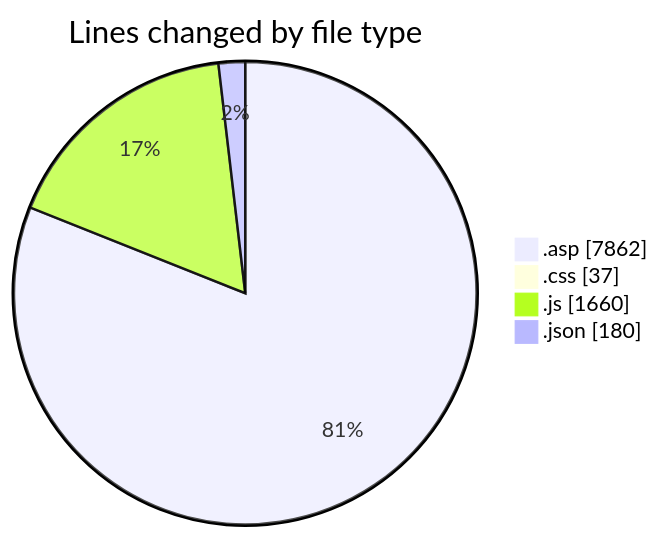
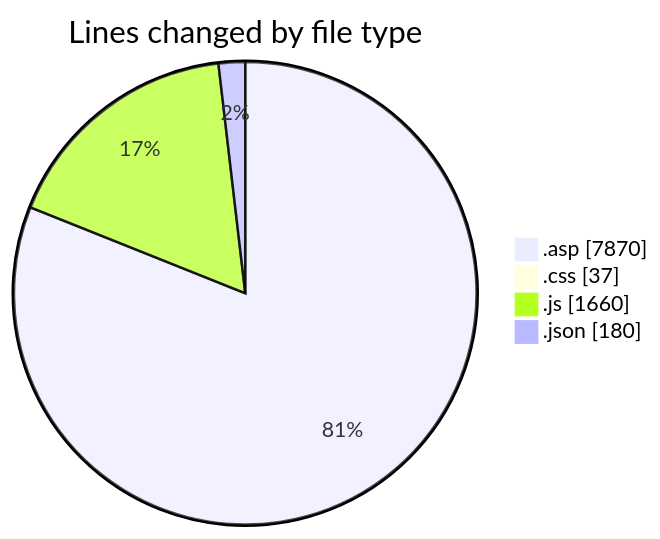
The first of 2 diagrams in 2025-11-02/cdp_aleoudev_fr__workspace_/README.md (julien-gomy/code-tracking), drawn with Mermaid before and after one commit. The commit also changed other lines of this file and 1 other file, not shown here.

````diff
--- a/2025-11-02/cdp_aleoudev_fr__workspace_/README.md
+++ b/2025-11-02/cdp_aleoudev_fr__workspace_/README.md
@@ -28,8 +28,8 @@
 ```mermaid
 pie showData
 title Lines changed by file type
-".asp" : 7862
+".asp" : 7870
 ".css" : 37
 ".js" : 1660
 ".json" : 180
 ```
````
